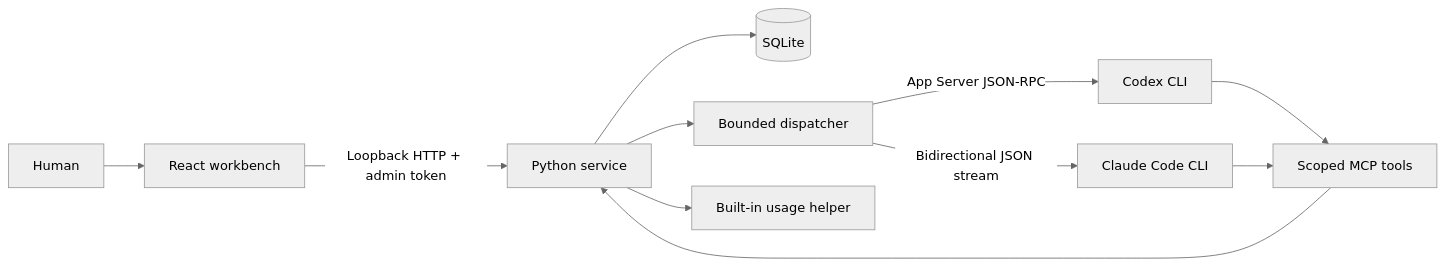
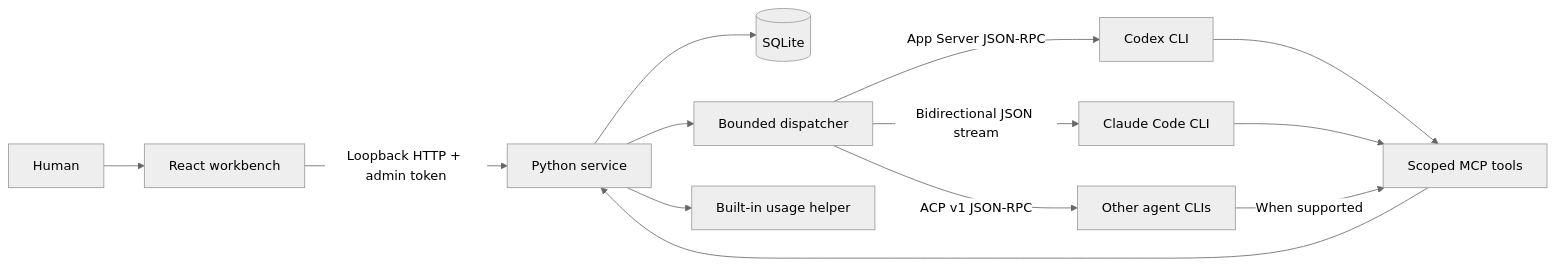
One commit to NginxL/AgentDock changed the first of 3 diagrams in docs/ARCHITECTURE.md. Above: the diagram before and after it, drawn with Mermaid (neutral theme). The commit also changed other lines of this file and 57 other files, not shown here.

Commit message:
Support mainstream agent CLIs through isolated ACP sessions

````diff
--- a/docs/ARCHITECTURE.md
+++ b/docs/ARCHITECTURE.md
@@ -9,13 +9,15 @@
 ```mermaid
 flowchart LR
   Human[Human] --> UI[React workbench]
   UI -->|Loopback HTTP + admin token| API[Python service]
   API --> DB[(SQLite)]
   API --> Queue[Bounded dispatcher]
   Queue -->|App Server JSON-RPC| Codex[Codex CLI]
   Queue -->|Bidirectional JSON stream| Claude[Claude Code CLI]
+  Queue -->|ACP v1 JSON-RPC| ACP[Other agent CLIs]
   Codex --> MCP[Scoped MCP tools]
   Claude --> MCP
+  ACP -->|When supported| MCP
   MCP --> API
   API --> Meter[Built-in usage helper]
 ```
````
